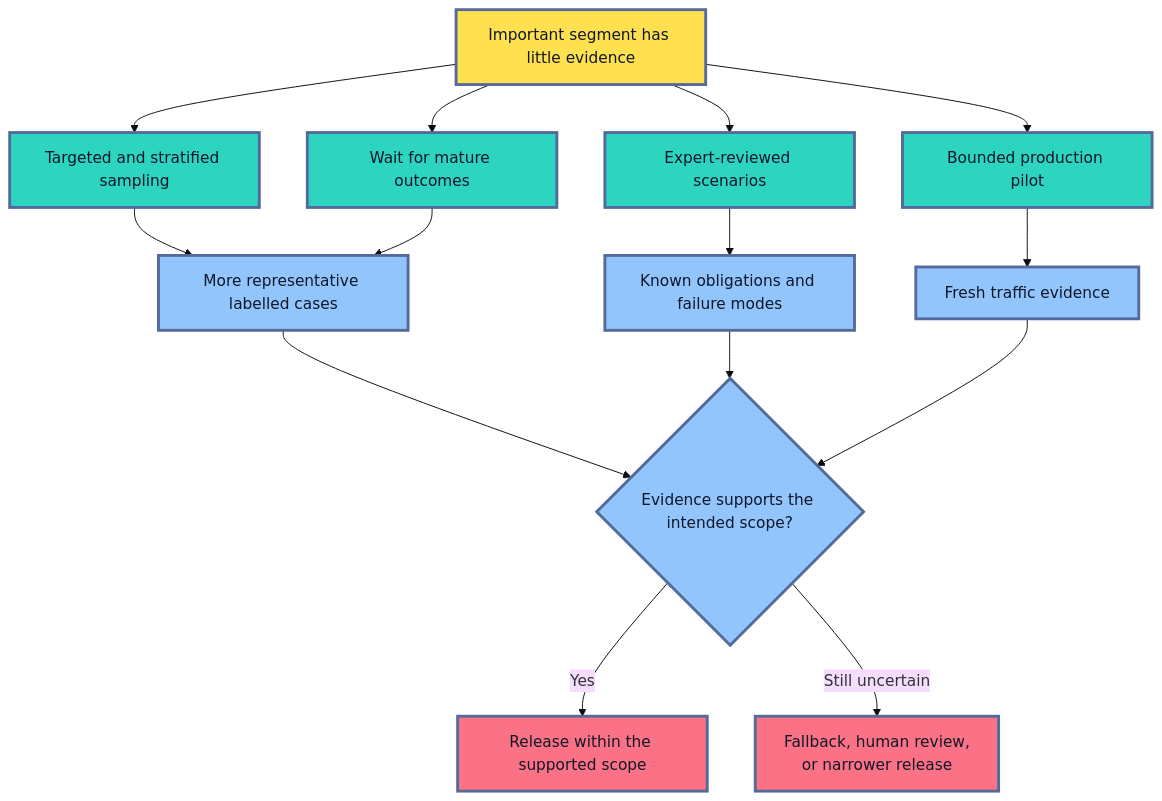
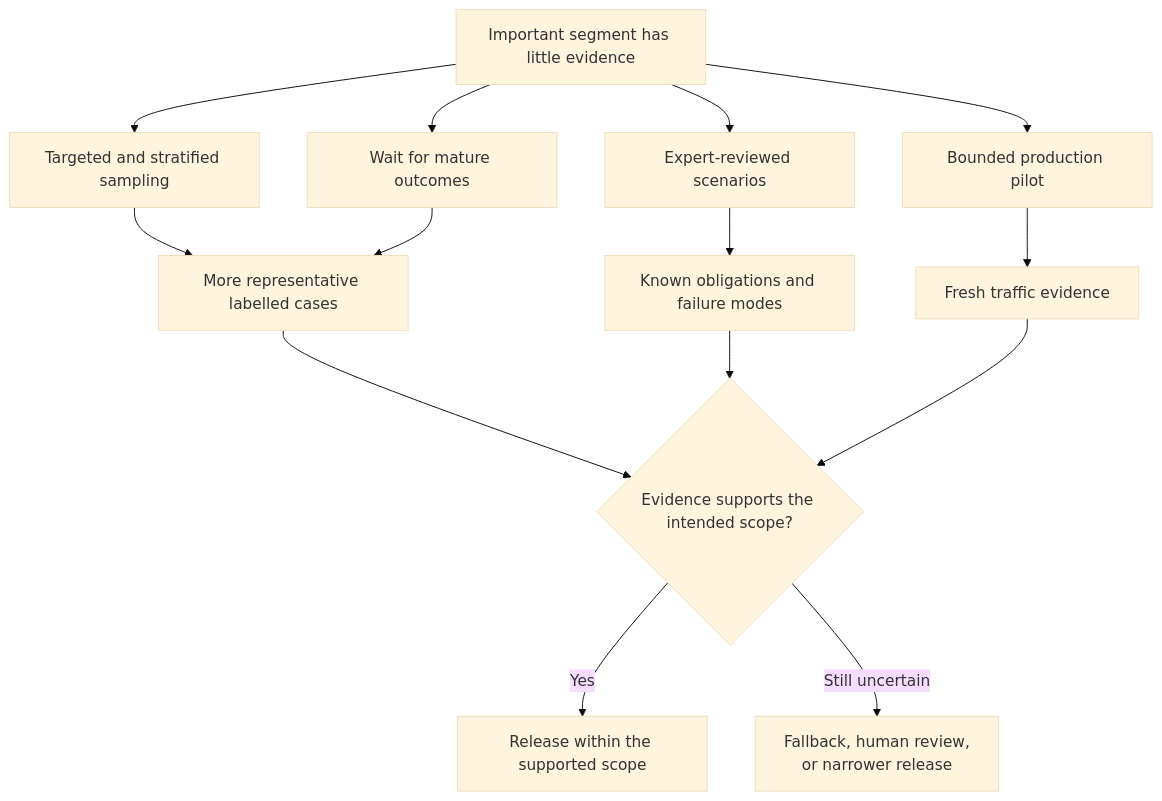
One commit to senlinyy/dev-roadmaps changed the seventh of 12 diagrams in roadmaps/mlops/modules/model-evaluation/production-readiness/01-segment-evaluation-edge-cases.md. Above: the diagram before and after it, drawn with Mermaid (base theme). The commit also changed other lines of this file and 152 other files, not shown here.

Commit message:
feat: mlops and diagrams updated

````diff
--- a/roadmaps/mlops/modules/model-evaluation/production-readiness/01-segment-evaluation-edge-cases.md
+++ b/roadmaps/mlops/modules/model-evaluation/production-readiness/01-segment-evaluation-edge-cases.md
@@ -460,25 +442,21 @@
 ```mermaid
 flowchart TD
     A["Important segment has little evidence"] --> B["Targeted and stratified sampling"]
     A --> C["Wait for mature outcomes"]
     A --> D["Expert-reviewed scenarios"]
     A --> E["Bounded production pilot"]
     B --> F["More representative labelled cases"]
     C --> F
     D --> G["Known obligations and failure modes"]
     E --> H["Fresh traffic evidence"]
     F --> I{"Evidence supports the intended scope?"}
     G --> I
     H --> I
     I -->|"Yes"| J["Release within the supported scope"]
     I -->|"Still uncertain"| K["Fallback, human review,<br/>or narrower release"]
 
-    classDef risk fill:#FFE04F,stroke:#536A9A,stroke-width:3px,color:#111827
-    classDef method fill:#2DD4BF,stroke:#536A9A,stroke-width:3px,color:#0F172A
-    classDef evidence fill:#93C5FD,stroke:#536A9A,stroke-width:3px,color:#0F172A
-    classDef action fill:#FB7185,stroke:#536A9A,stroke-width:3px,color:#111827
     class A risk
     class B,C,D,E method
     class F,G,H,I evidence
     class J,K action
 ```
````
